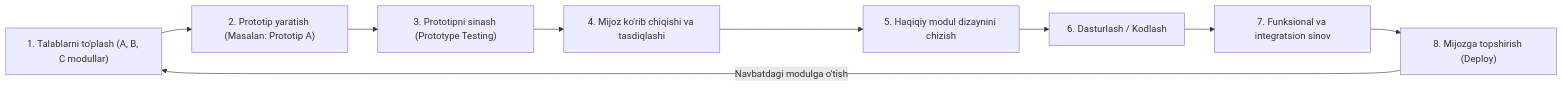
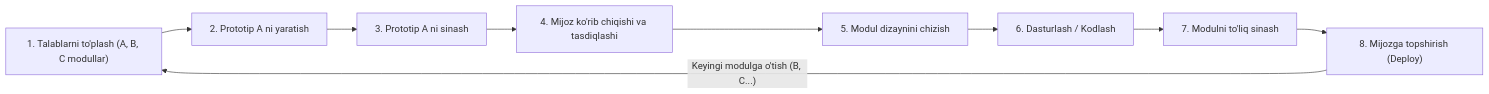
The second of 3 diagrams in app/docs/sdlc-models/hybrid-model/page.mdx (Ergashov15/qa-uzbekistan), drawn with Mermaid before and after one commit. The commit also changed other lines of this file and 2 other files, not shown here.

Commit message:
feat: rewrite Hybrid Model in Software Testing in Uzbek

````diff
--- a/app/docs/sdlc-models/hybrid-model/page.mdx
+++ b/app/docs/sdlc-models/hybrid-model/page.mdx
@@ -41,11 +43,11 @@
 ```mermaid
 flowchart LR
-    A["1. Talablarni to'plash (A, B, C modullar)"] --> B["2. Prototip yaratish (Masalan: Prototip A)"]
-    B --> C["3. Prototipni sinash (Prototype Testing)"]
+    A["1. Talablarni to'plash (A, B, C modullar)"] --> B["2. Prototip A ni yaratish"]
+    B --> C["3. Prototip A ni sinash"]
     C --> D["4. Mijoz ko'rib chiqishi va tasdiqlashi"]
-    D --> E["5. Haqiqiy modul dizaynini chizish"]
+    D --> E["5. Modul dizaynini chizish"]
     E --> F["6. Dasturlash / Kodlash"]
-    F --> G["7. Funksional va integratsion sinov"]
+    F --> G["7. Modulni to'liq sinash"]
     G --> H["8. Mijozga topshirish (Deploy)"]
-    H -->|"Navbatdagi modulga o'tish"| A
+    H -->|"Keyingi modulga o'tish (B, C...)"| A
 ```
````
